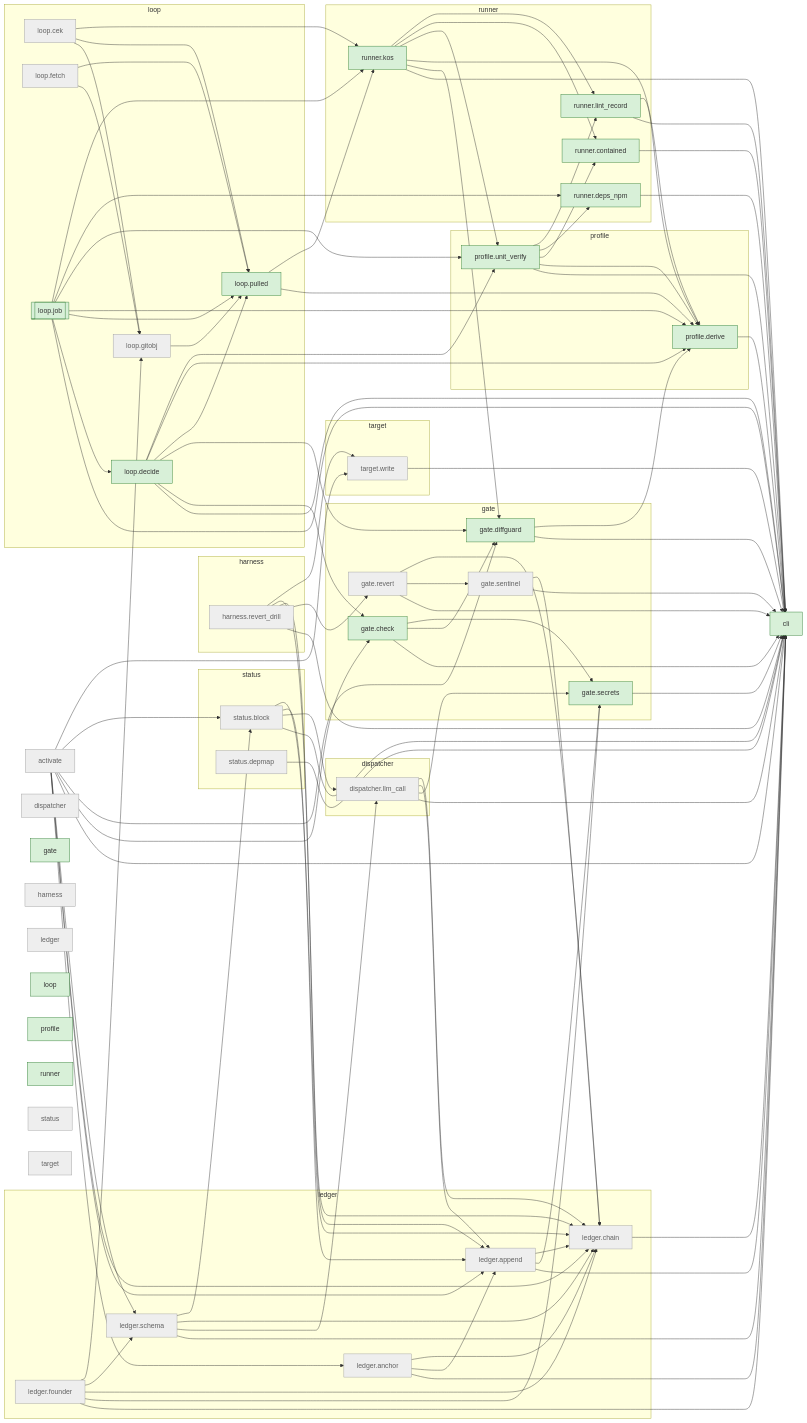
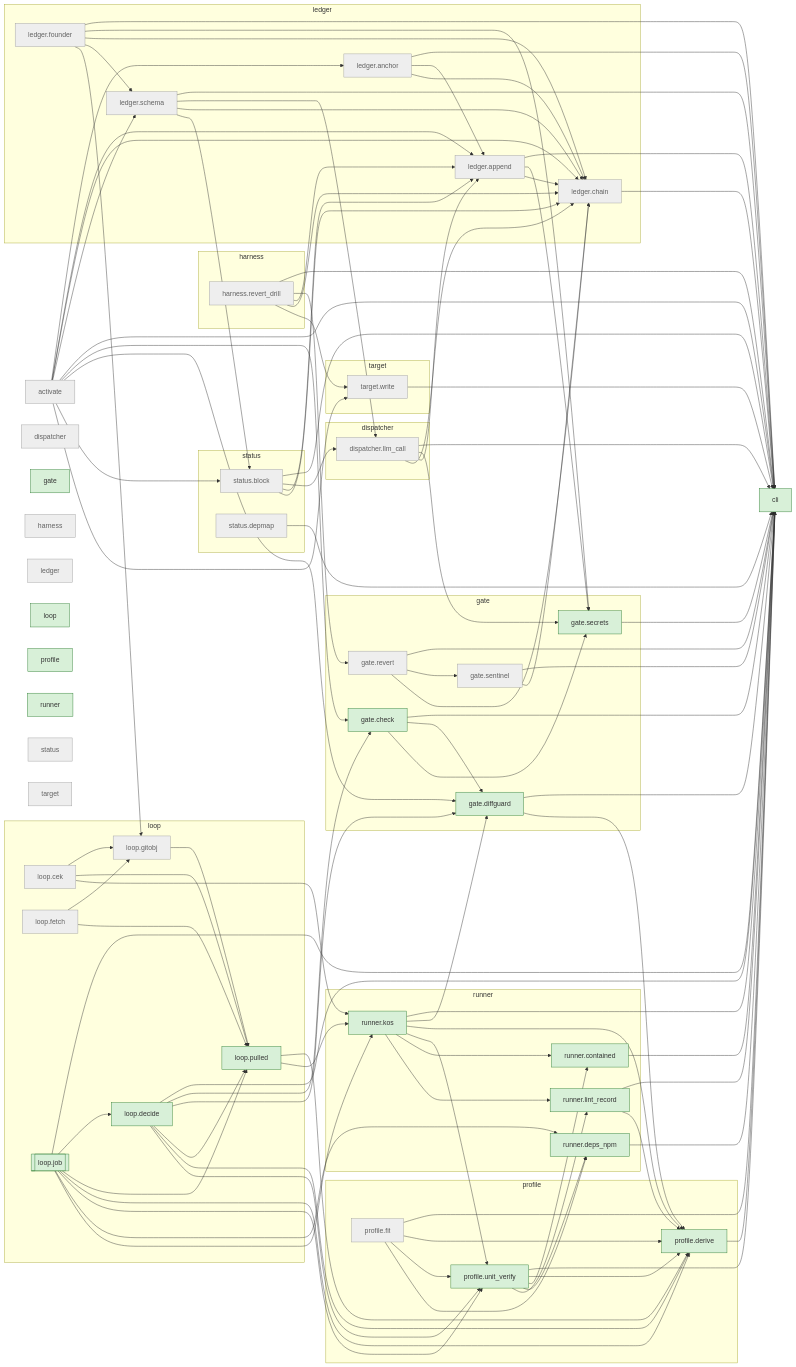
Before and after one commit to Okan-wqm/snowball-rehearsal-brain: the diagram in docs/map/brain.md, drawn with Mermaid. The commit also changed other lines of this file and 9 other files, not shown here.

````diff
--- a/docs/map/brain.md
+++ b/docs/map/brain.md
@@ -20,9 +20,9 @@
     n12["ledger"]
     n18["loop"]
     n25["profile"]
-    n28["runner"]
-    n33["status"]
-    n36["target"]
+    n29["runner"]
+    n34["status"]
+    n37["target"]
   subgraph g_dispatcher["dispatcher"]
     n3["dispatcher.llm_call"]
   end
@@ -53,20 +53,21 @@
   end
   subgraph g_profile["profile"]
     n26["profile.derive"]
-    n27["profile.unit_verify"]
+    n27["profile.fit"]
+    n28["profile.unit_verify"]
   end
   subgraph g_runner["runner"]
-    n29["runner.contained"]
-    n30["runner.deps_npm"]
-    n31["runner.kos"]
-    n32["runner.lint_record"]
+    n30["runner.contained"]
+    n31["runner.deps_npm"]
+    n32["runner.kos"]
+    n33["runner.lint_record"]
   end
   subgraph g_status["status"]
-    n34["status.block"]
-    n35["status.depmap"]
+    n35["status.block"]
+    n36["status.depmap"]
   end
   subgraph g_target["target"]
-    n37["target.write"]
+    n38["target.write"]
   end
   n0 --> n1
   n0 --> n5
@@ -75,8 +76,8 @@
   n0 --> n14
   n0 --> n15
   n0 --> n17
-  n0 --> n34
-  n0 --> n37
+  n0 --> n35
+  n0 --> n38
   n3 --> n1
   n3 --> n8
   n3 --> n14
@@ -96,7 +97,7 @@
   n11 --> n7
   n11 --> n14
   n11 --> n15
-  n11 --> n37
+  n11 --> n38
   n13 --> n1
   n13 --> n14
   n13 --> n15
@@ -112,16 +113,16 @@
   n17 --> n1
   n17 --> n3
   n17 --> n15
-  n17 --> n34
+  n17 --> n35
   n19 --> n22
   n19 --> n24
-  n19 --> n31
+  n19 --> n32
   n20 --> n1
   n20 --> n5
   n20 --> n6
   n20 --> n24
   n20 --> n26
-  n20 --> n27
+  n20 --> n28
   n21 --> n22
   n21 --> n24
   n22 --> n24
@@ -129,35 +130,39 @@
   n23 --> n20
   n23 --> n24
   n23 --> n26
-  n23 --> n27
-  n23 --> n30
+  n23 --> n28
   n23 --> n31
+  n23 --> n32
   n24 --> n26
-  n24 --> n31
+  n24 --> n32
   n26 --> n1
   n27 --> n1
   n27 --> n26
-  n27 --> n29
-  n27 --> n30
-  n27 --> n32
-  n29 --> n1
+  n27 --> n28
+  n27 --> n31
+  n28 --> n1
+  n28 --> n26
+  n28 --> n30
+  n28 --> n31
+  n28 --> n33
   n30 --> n1
   n31 --> n1
-  n31 --> n6
-  n31 --> n26
-  n31 --> n27
-  n31 --> n29
-  n31 --> n32
   n32 --> n1
+  n32 --> n6
   n32 --> n26
-  n34 --> n1
-  n34 --> n3
-  n34 --> n14
-  n34 --> n15
+  n32 --> n28
+  n32 --> n30
+  n32 --> n33
+  n33 --> n1
+  n33 --> n26
   n35 --> n1
-  n37 --> n1
+  n35 --> n3
+  n35 --> n14
+  n35 --> n15
+  n36 --> n1
+  n38 --> n1
   classDef live fill:#d8f0d8,stroke:#2e7d32
   classDef off fill:#eeeeee,stroke:#9e9e9e,color:#616161
-  class n1,n4,n5,n6,n8,n18,n20,n23,n24,n25,n26,n27,n28,n29,n30,n31,n32 live
-  class n0,n2,n3,n7,n9,n10,n11,n12,n13,n14,n15,n16,n17,n19,n21,n22,n33,n34,n35,n36,n37 off
+  class n1,n4,n5,n6,n8,n18,n20,n23,n24,n25,n26,n28,n29,n30,n31,n32,n33 live
+  class n0,n2,n3,n7,n9,n10,n11,n12,n13,n14,n15,n16,n17,n19,n21,n22,n27,n34,n35,n36,n37,n38 off
 ```
````
